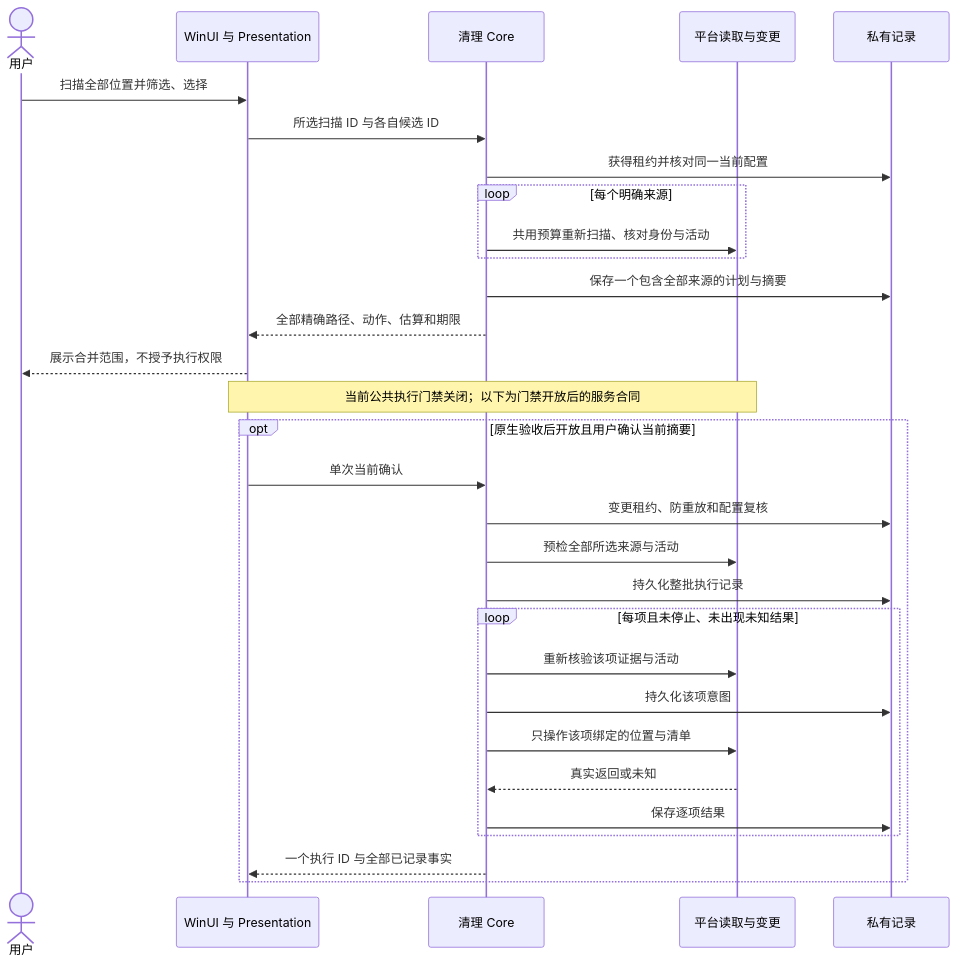
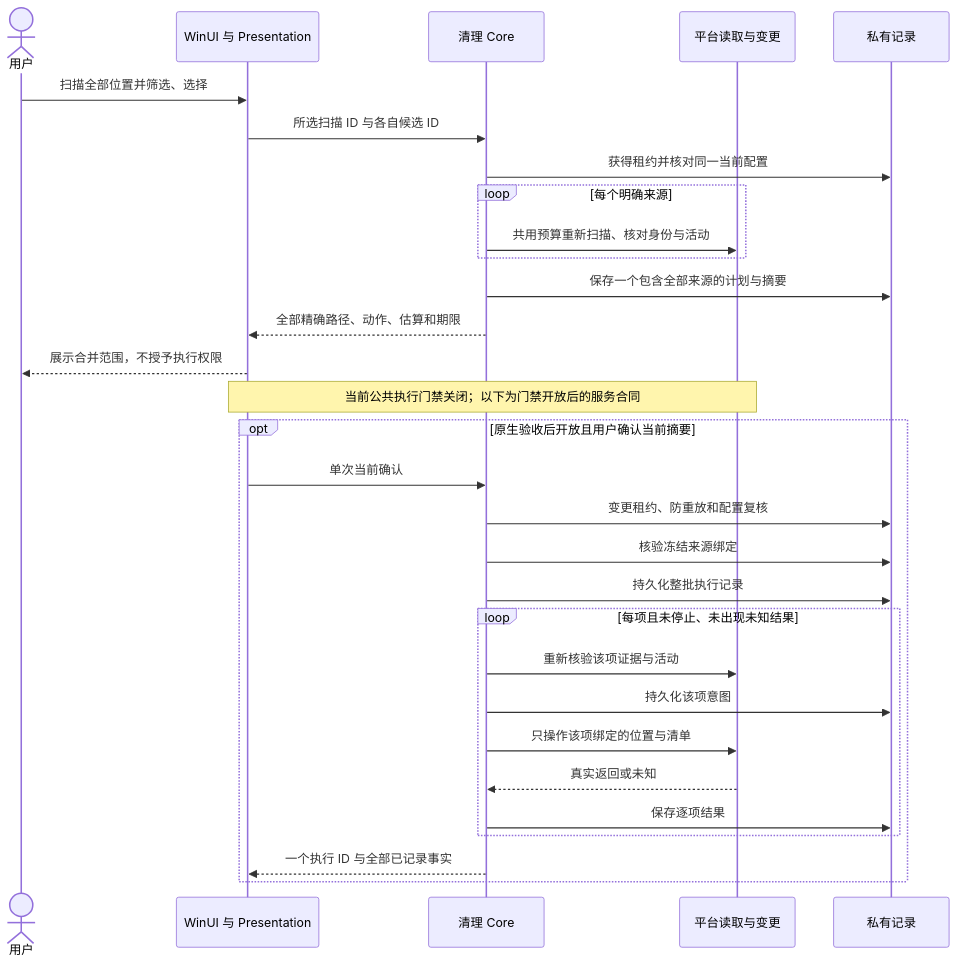
The second of 5 diagrams in docs/zh-CN/product/unified-cleanup.md (limecloud/shou), drawn with Mermaid before and after one commit. The commit also changed other lines of this file and 162 other files, not shown here.

````diff
--- a/docs/zh-CN/product/unified-cleanup.md
+++ b/docs/zh-CN/product/unified-cleanup.md
@@ -44,32 +44,32 @@
 ```mermaid
 sequenceDiagram
     actor User as 用户
     participant UI as WinUI 与 Presentation
     participant Core as 清理 Core
     participant Native as 平台读取与变更
     participant Store as 私有记录
     User->>UI: 扫描全部位置并筛选、选择
     UI->>Core: 所选扫描 ID 与各自候选 ID
     Core->>Store: 获得租约并核对同一当前配置
     loop 每个明确来源
         Core->>Native: 共用预算重新扫描、核对身份与活动
     end
     Core->>Store: 保存一个包含全部来源的计划与摘要
     Core-->>UI: 全部精确路径、动作、估算和期限
     UI-->>User: 展示合并范围，不授予执行权限
     Note over UI,Native: 当前公共执行门禁关闭；以下为门禁开放后的服务合同
     opt 原生验收后开放且用户确认当前摘要
         UI->>Core: 单次当前确认
         Core->>Store: 变更租约、防重放和配置复核
-        Core->>Native: 预检全部所选来源与活动
+        Core->>Store: 核验冻结来源绑定
         Core->>Store: 持久化整批执行记录
         loop 每项且未停止、未出现未知结果
             Core->>Native: 重新核验该项证据与活动
             Core->>Store: 持久化该项意图
             Core->>Native: 只操作该项绑定的位置与清单
             Native-->>Core: 真实返回或未知
             Core->>Store: 保存逐项结果
         end
         Core-->>UI: 一个执行 ID 与全部已记录事实
     end
 ```
````
